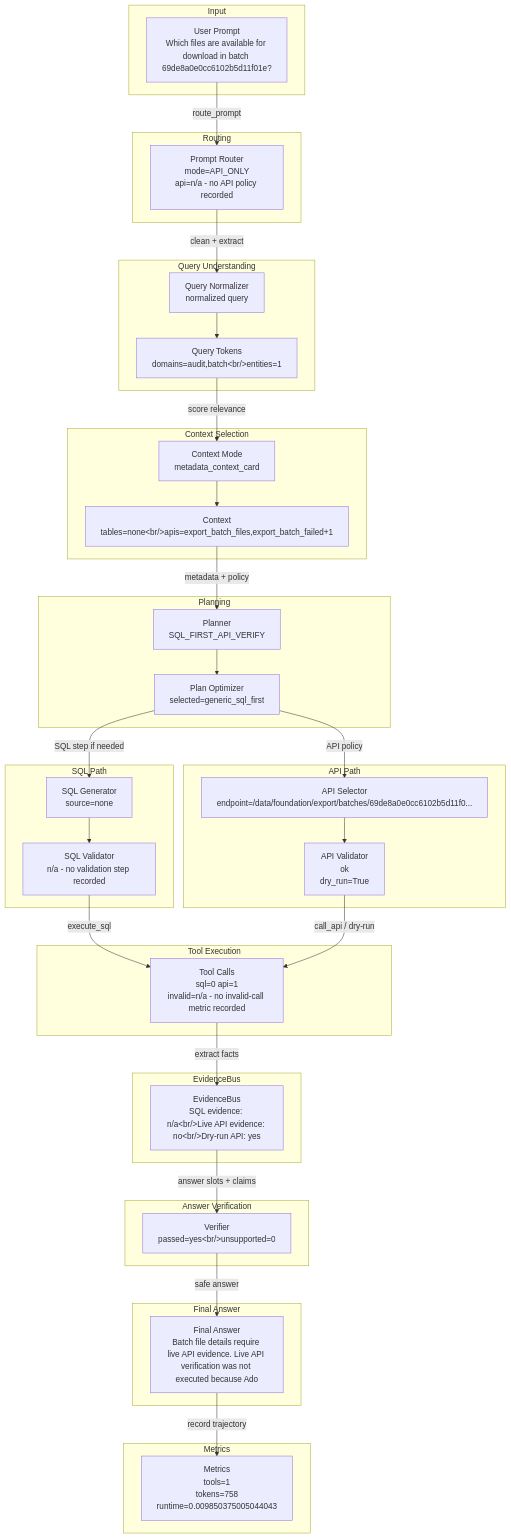
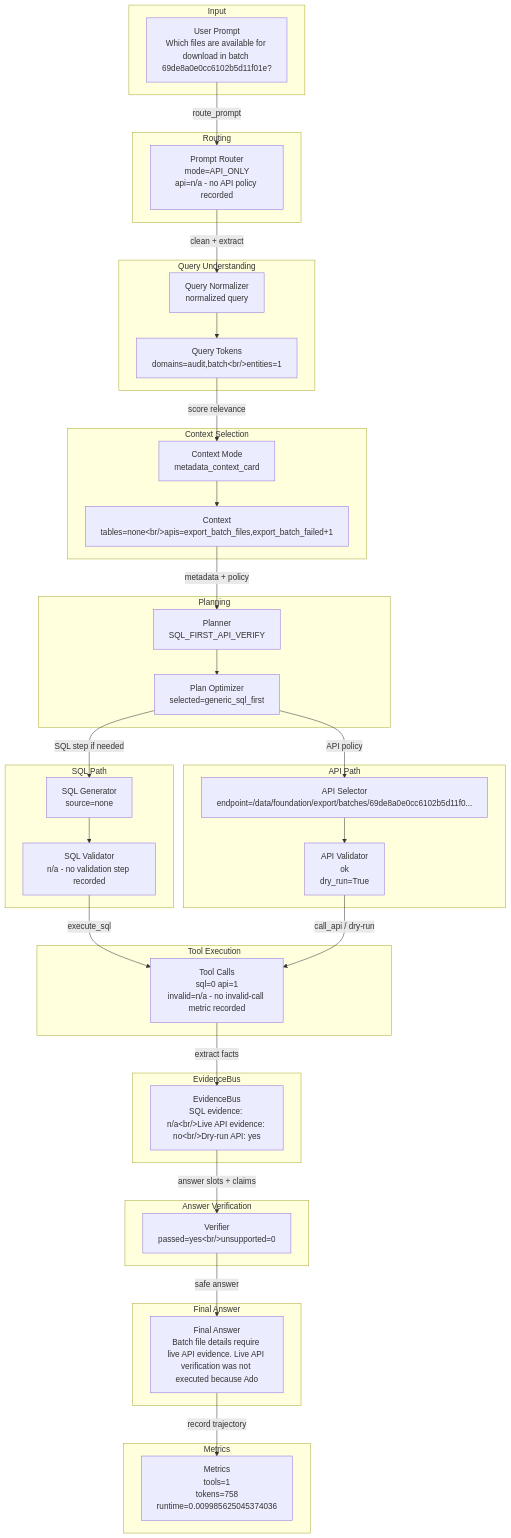
Before and after one commit to dashsys-workshop-vldb/dashsys-workshop-vldb.github.io: the diagram in outputs/visualizations/example_031/sql_first_api_verify/dataflow.md, drawn with Mermaid. The commit also changed other lines of this file and 285 other files, not shown here.

````diff
--- a/outputs/visualizations/example_031/sql_first_api_verify/dataflow.md
+++ b/outputs/visualizations/example_031/sql_first_api_verify/dataflow.md
@@ -19,56 +19,56 @@
 ```mermaid
 flowchart TD
   subgraph Input
     input_prompt["User Prompt<br/>Which files are available for download in batch 69de8a0e0cc6102b5d11f01e?"]
   end
   subgraph Routing
     router["Prompt Router<br/>mode=API_ONLY<br/>api=n/a - no API policy recorded"]
     input_prompt -->|route_prompt| router
   end
   subgraph QueryUnderstanding["Query Understanding"]
     normalizer["Query Normalizer<br/>normalized query"]
     tokens["Query Tokens<br/>domains=audit,batch&lt;br/&gt;entities=1"]
     router -->|clean + extract| normalizer --> tokens
   end
   subgraph ContextSelection["Context Selection"]
     context["Context Mode<br/>metadata_context_card"]
     candidates["Context<br/>tables=none&lt;br/&gt;apis=export_batch_files,export_batch_failed+1"]
     tokens -->|score relevance| context --> candidates
   end
   subgraph Planning
     planner["Planner<br/>SQL_FIRST_API_VERIFY"]
     optimizer["Plan Optimizer<br/>selected=generic_sql_first"]
     candidates -->|metadata + policy| planner --> optimizer
   end
   subgraph SQLPath["SQL Path"]
     sqlgen["SQL Generator<br/>source=none"]
     sqlval["SQL Validator<br/>n/a - no validation step recorded"]
     optimizer -->|SQL step if needed| sqlgen --> sqlval
   end
   subgraph APIPath["API Path"]
     apisel["API Selector<br/>endpoint=/data/foundation/export/batches/69de8a0e0cc6102b5d11f0..."]
     apival["API Validator<br/>ok<br/>dry_run=True"]
     optimizer -->|API policy| apisel --> apival
   end
   subgraph ToolExecution["Tool Execution"]
     tools["Tool Calls<br/>sql=0 api=1<br/>invalid=n/a - no invalid-call metric recorded"]
     sqlval -->|execute_sql| tools
     apival -->|call_api / dry-run| tools
   end
   subgraph EvidenceBus
     evidence["EvidenceBus<br/>SQL evidence: n/a&lt;br/&gt;Live API evidence: no&lt;br/&gt;Dry-run API: yes"]
     tools -->|extract facts| evidence
   end
   subgraph AnswerVerification["Answer Verification"]
     verifier["Verifier<br/>passed=yes&lt;br/&gt;unsupported=0"]
     evidence -->|answer slots + claims| verifier
   end
   subgraph FinalAnswer["Final Answer"]
     answer["Final Answer<br/>Batch file details require live API evidence. Live API verification was not executed because Ado"]
     verifier -->|safe answer| answer
   end
   subgraph Metrics
-    metrics["Metrics<br/>tools=1<br/>tokens=758<br/>runtime=0.009850375005044043"]
+    metrics["Metrics<br/>tools=1<br/>tokens=758<br/>runtime=0.009985625045374036"]
     answer -->|record trajectory| metrics
   end
 ```
````
